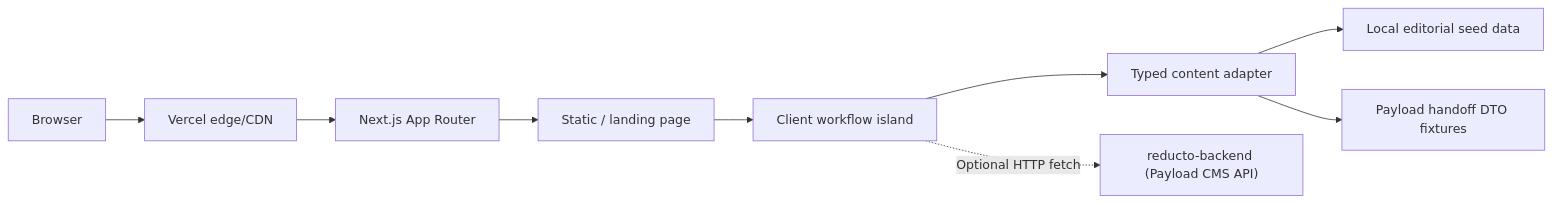
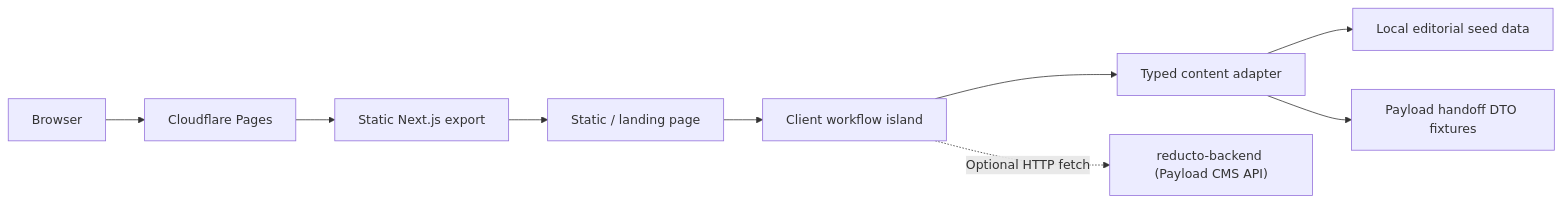
Before and after one commit to hthmkt12/reducto-web: the first of 2 diagrams in docs/system-architecture.md, drawn with Mermaid. The commit also changed other lines of this file and 12 other files, not shown here.

First line of the commit message:
feat: deploy frontend on Cloudflare Pages

````diff
--- a/docs/system-architecture.md
+++ b/docs/system-architecture.md
@@ -7,11 +7,11 @@
 ```mermaid
 flowchart LR
-  User["Browser"] --> Vercel["Vercel edge/CDN"]
-  Vercel --> Next["Next.js App Router"]
+  User["Browser"] --> Pages["Cloudflare Pages"]
+  Pages --> Next["Static Next.js export"]
   Next --> Page["Static / landing page"]
   Page --> Island["Client workflow island"]
   Island --> Adapter["Typed content adapter"]
   Adapter --> Seed["Local editorial seed data"]
   Adapter --> Handoff["Payload handoff DTO fixtures"]
   Island -. "Optional HTTP fetch" .-> Backend["reducto-backend (Payload CMS API)"]
 ```
````
